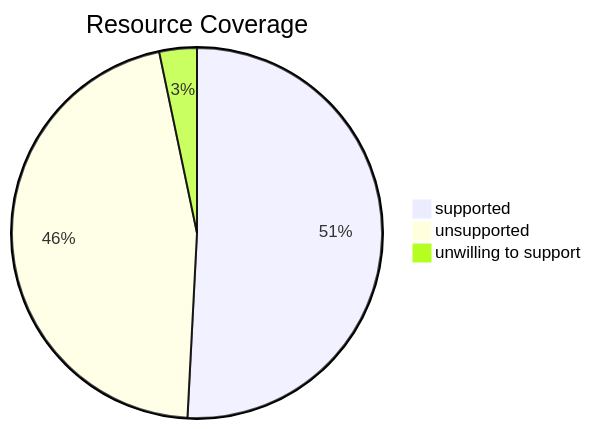
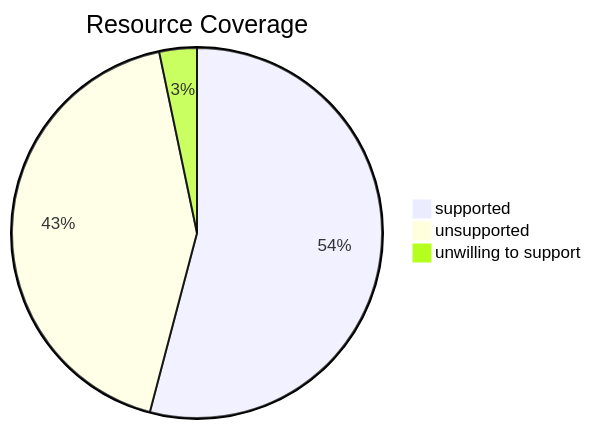
Before and after one commit to lassoColombo/nuke: the diagram in README.md, drawn with Mermaid. The commit also changed other lines of this file, not shown here.

````diff
--- a/README.md
+++ b/README.md
@@ -153,7 +153,7 @@
 ```mermaid
 pie title Resource Coverage
-    "supported" : 31
-    "unsupported" : 28
+    "supported" : 33
+    "unsupported" : 26
     "unwilling to support" : 2
 
 ```
````
